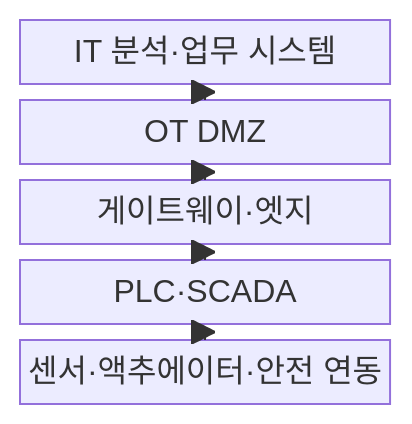
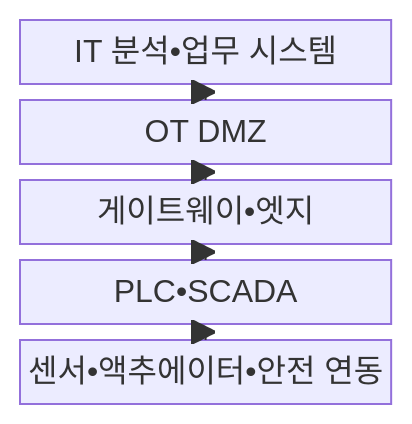
One commit to agnusdei1207/knowledge-base changed the first of 2 diagrams in src/content/docs/notes/04-network/080_industrial_iot.md. Above: the diagram before and after it, drawn with Mermaid. The commit also changed other lines of this file and 953 other files, not shown here.

````diff
--- a/src/content/docs/notes/04-network/080_industrial_iot.md
+++ b/src/content/docs/notes/04-network/080_industrial_iot.md
@@ -68,13 +68,13 @@
 ```mermaid
 block-beta
     columns 1
-    IT["IT 분석·업무 시스템"]
+    IT["IT 분석•업무 시스템"]
     DMZ["OT DMZ"]
-    EDGE["게이트웨이·엣지"]
-    CONTROL["PLC·SCADA"]
-    FIELD["센서·액추에이터·안전 연동"]
+    EDGE["게이트웨이•엣지"]
+    CONTROL["PLC•SCADA"]
+    FIELD["센서•액추에이터•안전 연동"]
     FIELD --> CONTROL
     CONTROL --> EDGE
     EDGE --> DMZ
     DMZ --> IT
 ```
````
